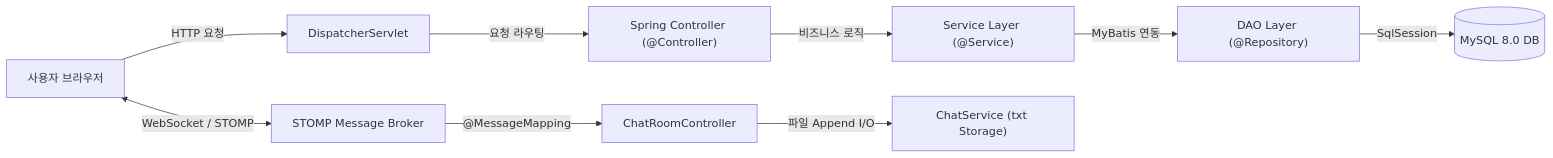
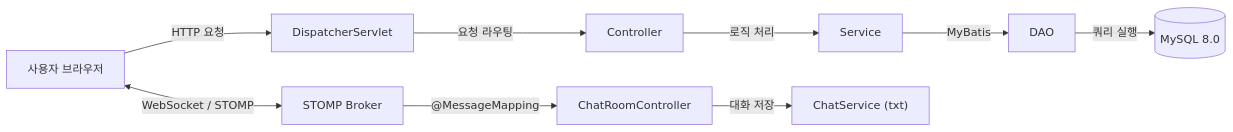
One commit to Ga-byeol/UsedMarket changed the first of 3 diagrams in Final_Project/README.md. Above: the diagram before and after it, drawn with Mermaid. The commit also changed other lines of this file and 1 other file, not shown here.

````diff
--- a/Final_Project/README.md
+++ b/Final_Project/README.md
@@ -132,12 +113,12 @@
 ```mermaid
 flowchart LR
     Client["사용자 브라우저"] -->|"HTTP 요청"| DS["DispatcherServlet"]
-    DS -->|"요청 라우팅"| Controller["Spring Controller (@Controller)"]
-    Controller -->|"비즈니스 로직"| Service["Service Layer (@Service)"]
-    Service -->|"MyBatis 연동"| DAO["DAO Layer (@Repository)"]
-    DAO -->|"SqlSession"| DB[("MySQL 8.0 DB")]
+    DS -->|"요청 라우팅"| Controller["Controller"]
+    Controller -->|"로직 처리"| Service["Service"]
+    Service -->|"MyBatis"| DAO["DAO"]
+    DAO -->|"쿼리 실행"| DB[("MySQL 8.0")]
     
-    Client <-->|"WebSocket / STOMP"| Broker["STOMP Message Broker"]
+    Client <-->|"WebSocket / STOMP"| Broker["STOMP Broker"]
     Broker -->|"@MessageMapping"| ChatCtrl["ChatRoomController"]
-    ChatCtrl -->|"파일 Append I/O"| ChatSvc["ChatService (txt Storage)"]
+    ChatCtrl -->|"대화 저장"| ChatSvc["ChatService (txt)"]
 ```
````
